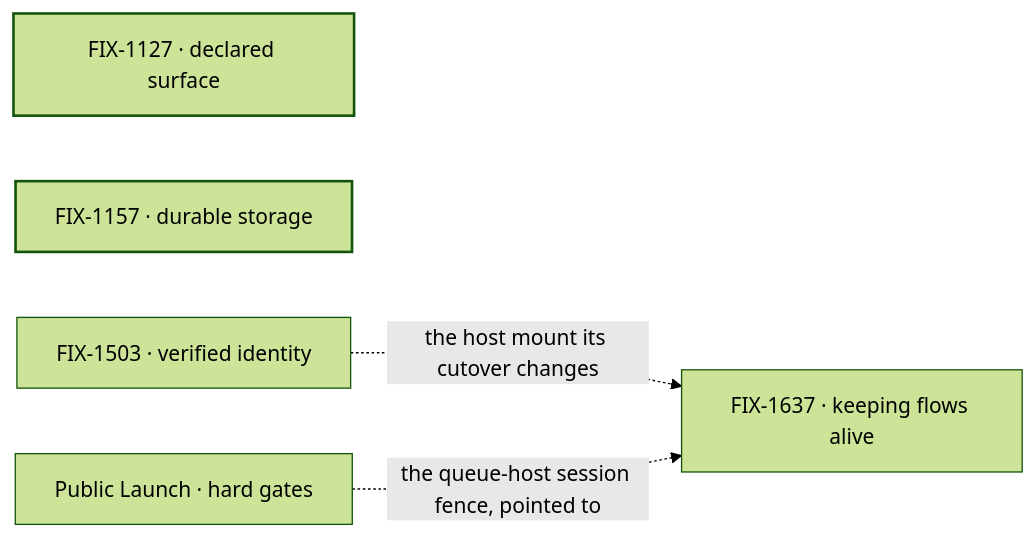
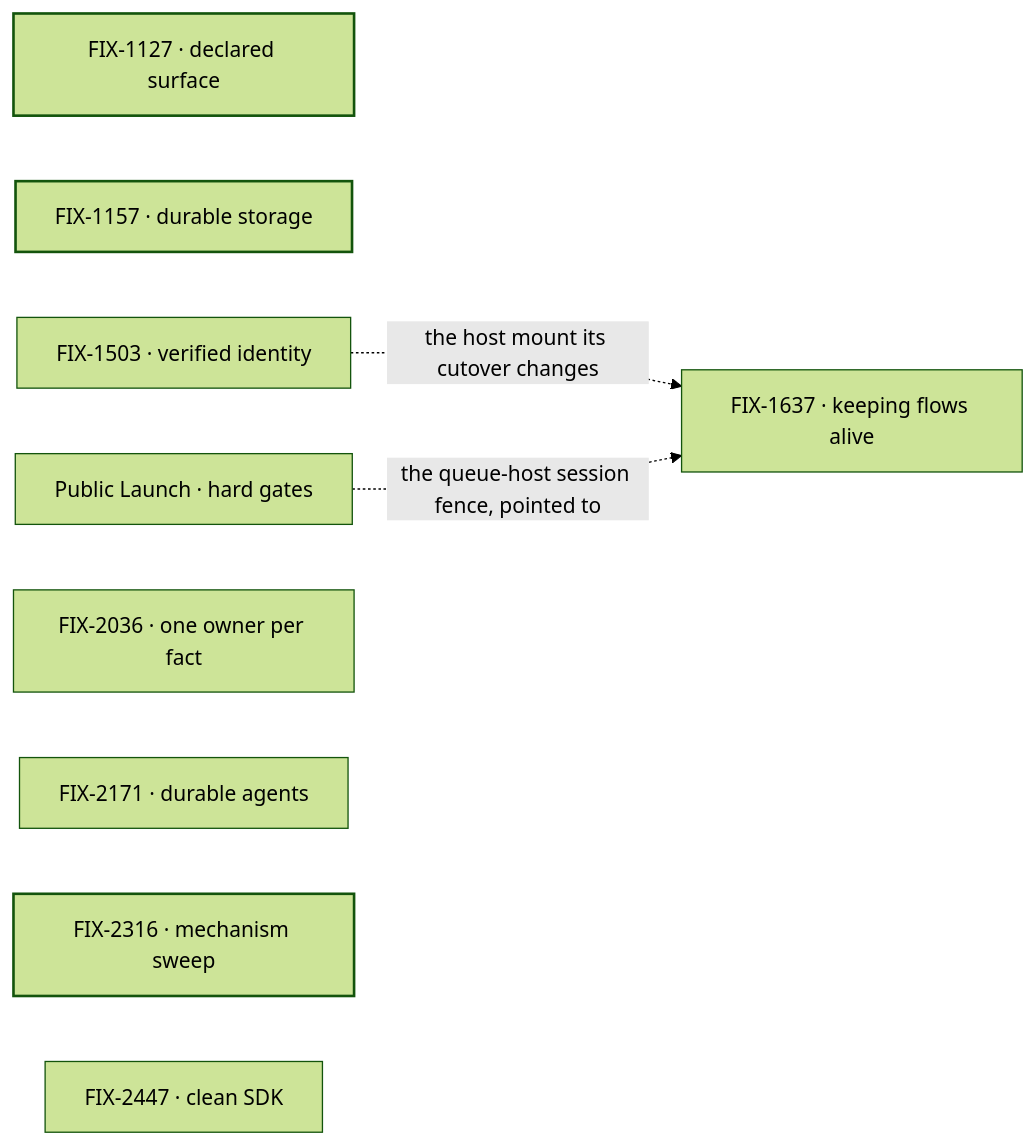
Before and after one commit to fixpoint-labs/flow-state-dev: the diagram in spec/_projects/framework-simplification-and-cleanup/SPEC.md, drawn with Mermaid (forest theme). The commit also changed other lines of this file and 2 other files, not shown here.

````diff
--- a/spec/_projects/framework-simplification-and-cleanup/SPEC.md
+++ b/spec/_projects/framework-simplification-and-cleanup/SPEC.md
@@ -42,10 +47,14 @@
 ```mermaid
 flowchart LR
   A["FIX-1127 · declared surface"]
   B["FIX-1157 · durable storage"]
   C["FIX-1503 · verified identity"] -.->|"the host mount its cutover changes"| D["FIX-1637 · keeping flows alive"]
   E["Public Launch · hard gates"] -.->|"the queue-host session fence, pointed to"| D
+  F["FIX-2036 · one owner per fact"]
+  G["FIX-2171 · durable agents"]
+  H["FIX-2316 · mechanism sweep"]
+  I["FIX-2447 · clean SDK"]
   classDef done stroke-width:2px
   classDef proposed stroke-dasharray:4 3
-  class A,B done
+  class A,B,H done
 ```
````
